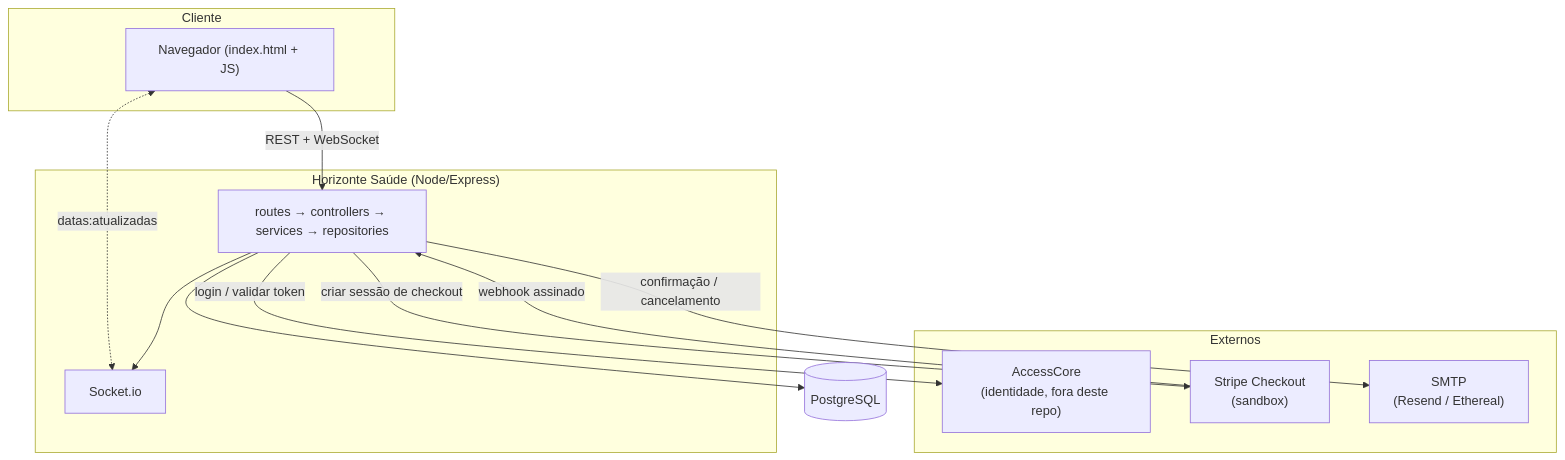
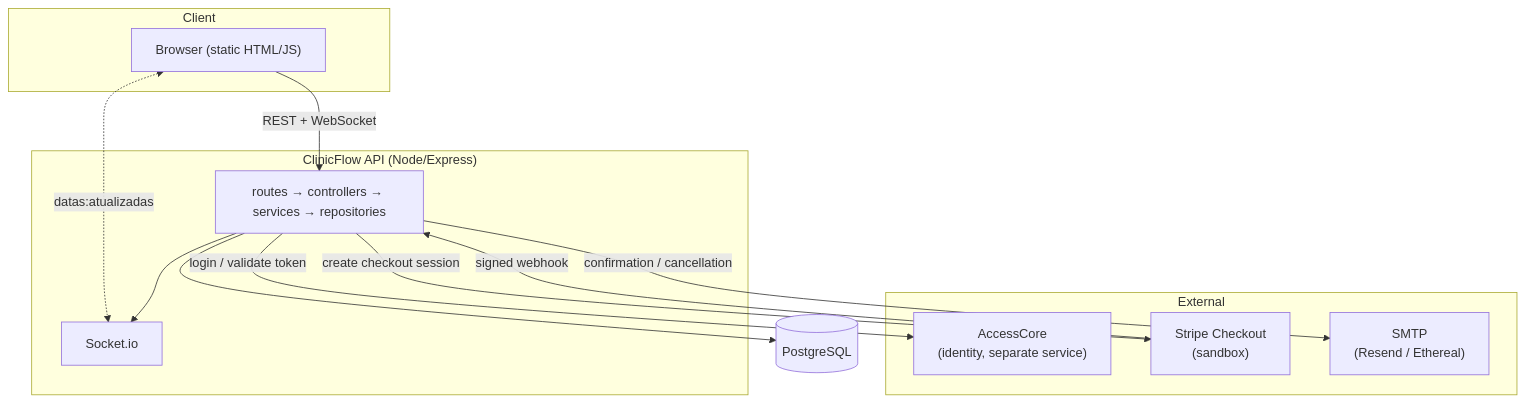
Before and after one commit to lucafurtado/clinic-scheduling-system: the diagram in README.md, drawn with Mermaid. The commit also changed other lines of this file and 17 other files, not shown here.

````diff
--- a/README.md
+++ b/README.md
@@ -56,28 +102,28 @@
 ```mermaid
 flowchart TB
-    subgraph Cliente
-        Browser["Navegador (index.html + JS)"]
+    subgraph Client
+        Browser["Browser (static HTML/JS)"]
     end
 
-    subgraph "Horizonte Saúde (Node/Express)"
+    subgraph "ClinicFlow API (Node/Express)"
         API["routes → controllers → services → repositories"]
         Socket["Socket.io"]
     end
 
-    subgraph Externos
-        AccessCore["AccessCore\n(identidade, fora deste repo)"]
+    subgraph External
+        AccessCore["AccessCore\n(identity, separate service)"]
         Stripe["Stripe Checkout\n(sandbox)"]
         SMTP["SMTP\n(Resend / Ethereal)"]
     end
 
     DB[("PostgreSQL")]
 
     Browser -- "REST + WebSocket" --> API
     Browser <-. "datas:atualizadas" .-> Socket
     API --> DB
-    API -- "login / validar token" --> AccessCore
-    API -- "criar sessão de checkout" --> Stripe
-    Stripe -- "webhook assinado" --> API
-    API -- "confirmação / cancelamento" --> SMTP
+    API -- "login / validate token" --> AccessCore
+    API -- "create checkout session" --> Stripe
+    Stripe -- "signed webhook" --> API
+    API -- "confirmation / cancellation" --> SMTP
     API --> Socket
 ```
````
